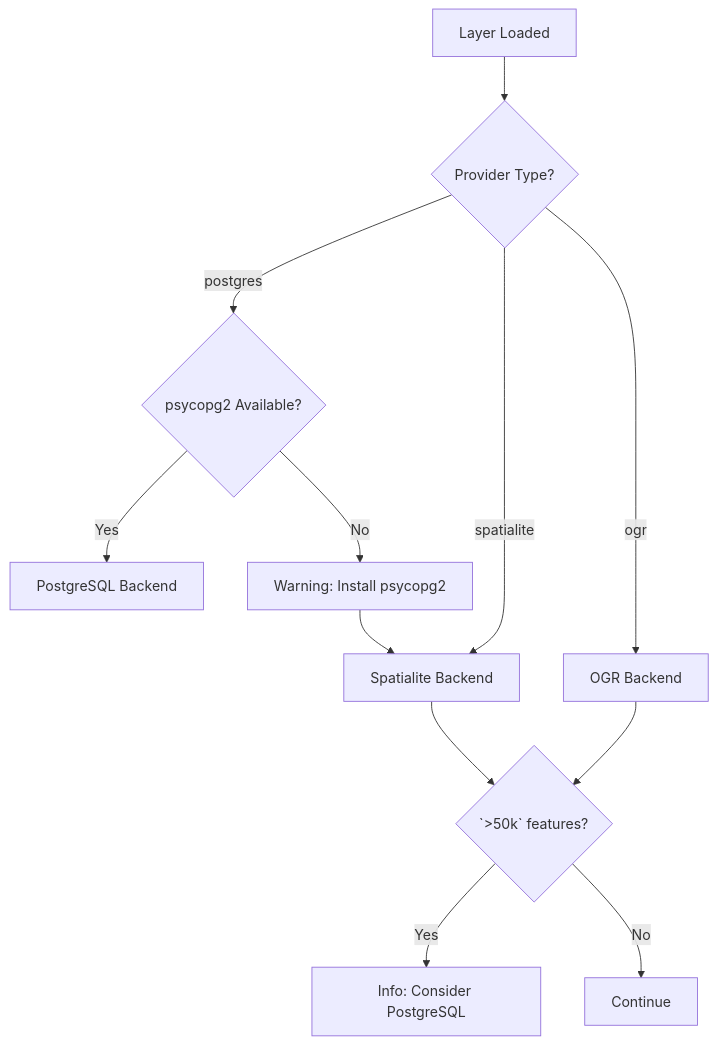
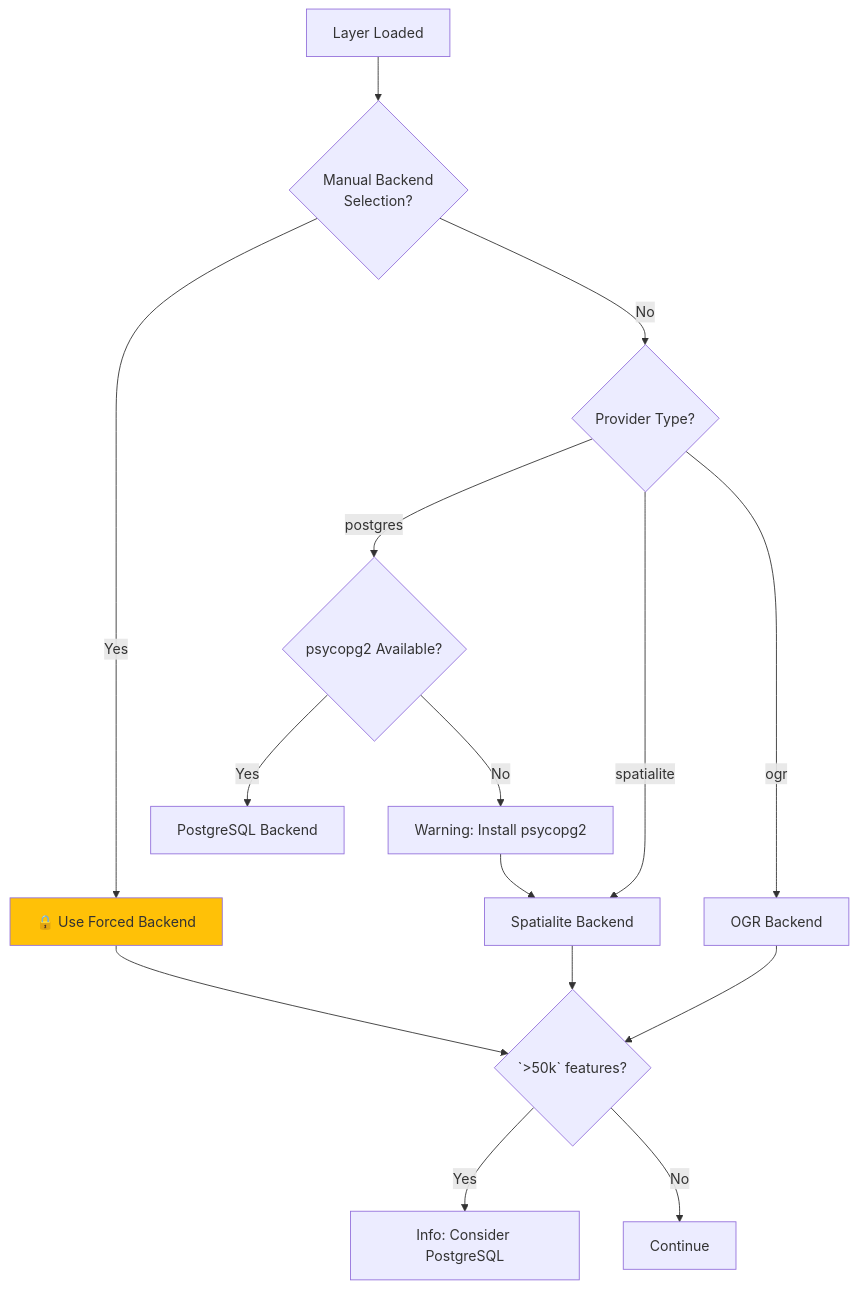
Before and after one commit to sducournau/filter_mate: the diagram in website/docs/backends/overview.md, drawn with Mermaid. The commit also changed other lines of this file and 95 other files, not shown here.

````diff
--- a/website/docs/backends/overview.md
+++ b/website/docs/backends/overview.md
@@ -36,14 +36,19 @@
 ```mermaid
 graph TD
-    A[Layer Loaded] --> B{Provider Type?}
+    A[Layer Loaded] --> AB{Manual Backend<br/>Selection?}
+    AB -->|Yes| AC[🔒 Use Forced Backend]
+    AB -->|No| B{Provider Type?}
     B -->|postgres| C{psycopg2 Available?}
     B -->|spatialite| E[Spatialite Backend]
     B -->|ogr| F[OGR Backend]
     C -->|Yes| D[PostgreSQL Backend]
     C -->|No| G[Warning: Install psycopg2]
     G --> E
     E --> H{`>50k` features?}
     H -->|Yes| I[Info: Consider PostgreSQL]
     H -->|No| J[Continue]
     F --> H
+    AC --> H
+    
+    style AC fill:#FFC107
 ```
````
